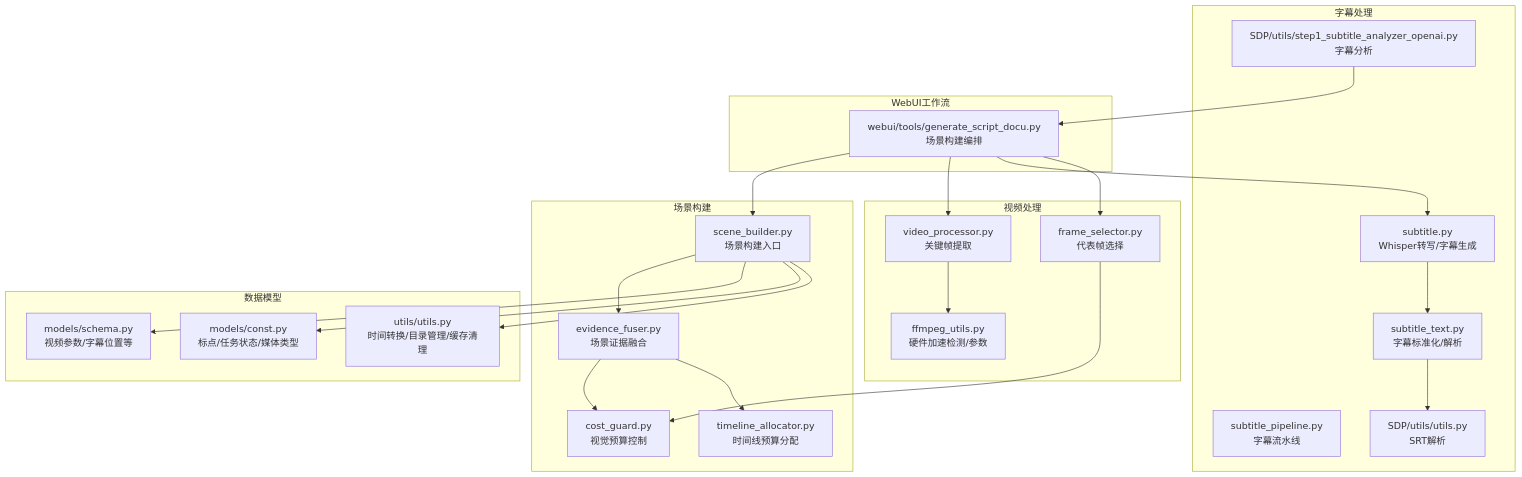
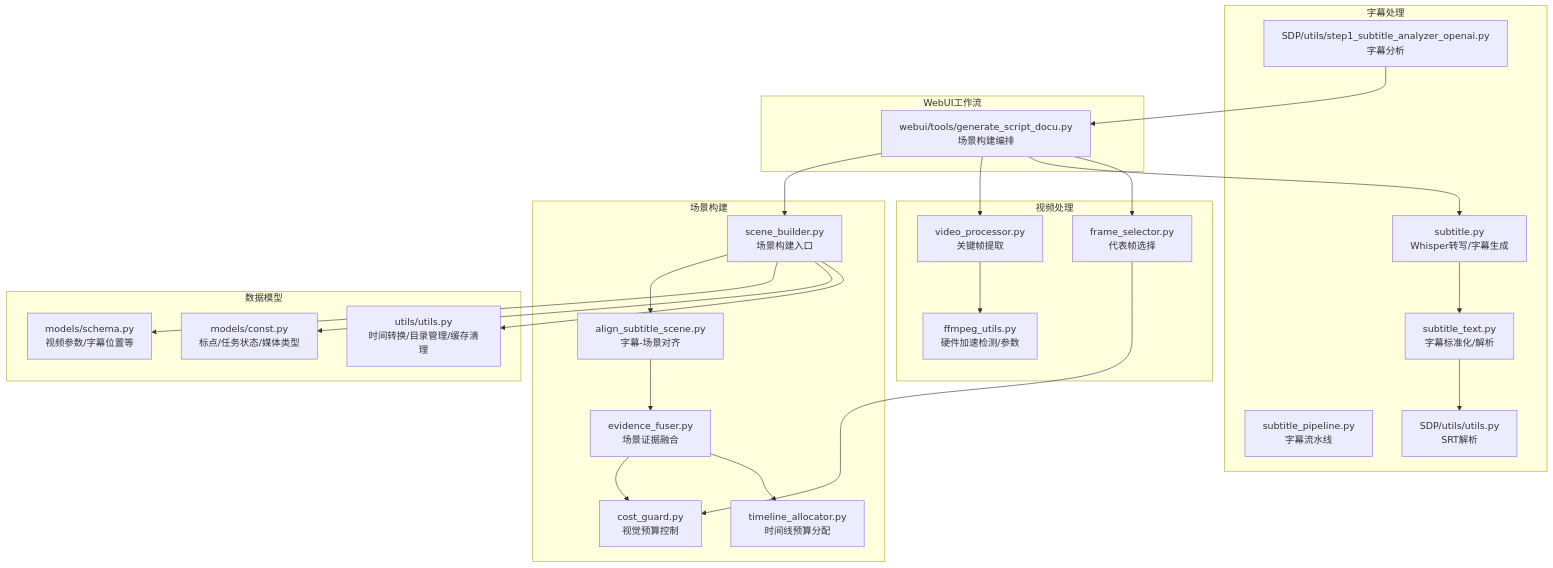
The first of 11 diagrams in .qoder/repowiki/zh/content/核心功能/视频处理服务/场景构建器.md (wowoduang/AIVideoClaude), drawn with Mermaid before and after one commit. The commit also changed other lines of this file and 32 other files, not shown here.

````diff
--- a/.qoder/repowiki/zh/content/核心功能/视频处理服务/场景构建器.md
+++ b/.qoder/repowiki/zh/content/核心功能/视频处理服务/场景构建器.md
@@ -52,44 +55,46 @@
 ```mermaid
 graph TB
 subgraph "场景构建"
 SB["scene_builder.py<br/>场景构建入口"]
+AS["align_subtitle_scene.py<br/>字幕-场景对齐"]
 EF["evidence_fuser.py<br/>场景证据融合"]
 CG["cost_guard.py<br/>视觉预算控制"]
 TA["timeline_allocator.py<br/>时间线预算分配"]
 end
 subgraph "视频处理"
 VP["video_processor.py<br/>关键帧提取"]
 FU["ffmpeg_utils.py<br/>硬件加速检测/参数"]
 FS["frame_selector.py<br/>代表帧选择"]
 end
 subgraph "字幕处理"
 ST["subtitle.py<br/>Whisper转写/字幕生成"]
 STN["subtitle_text.py<br/>字幕标准化/解析"]
 STP["subtitle_pipeline.py<br/>字幕流水线"]
 SDPUTIL["SDP/utils/utils.py<br/>SRT解析"]
 SDPANALYZE["SDP/utils/step1_subtitle_analyzer_openai.py<br/>字幕分析"]
 end
 subgraph "WebUI工作流"
 WTOOL["webui/tools/generate_script_docu.py<br/>场景构建编排"]
 end
 subgraph "数据模型"
 SCHEMA["models/schema.py<br/>视频参数/字幕位置等"]
 CONST["models/const.py<br/>标点/任务状态/媒体类型"]
 UUTILS["utils/utils.py<br/>时间转换/目录管理/缓存清理"]
 end
 WTOOL --> SB
 WTOOL --> VP
 VP --> FU
 WTOOL --> ST
 ST --> STN
 STN --> SDPUTIL
 SDPANALYZE --> WTOOL
-SB --> EF
+SB --> AS
+AS --> EF
 EF --> CG
 EF --> TA
 FS --> CG
 WTOOL --> FS
 SB --> SCHEMA
 SB --> CONST
 SB --> UUTILS
 ```
````
